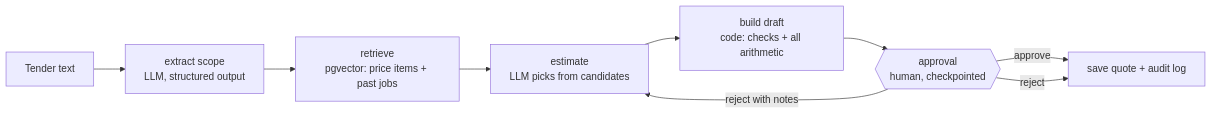
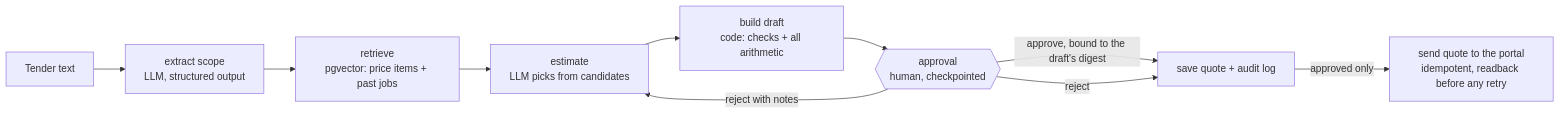
Before and after one commit to Rodvader8/tender-desk: the diagram in README.md, drawn with Mermaid. The commit also changed other lines of this file and 1 other file, not shown here.

````diff
--- a/README.md
+++ b/README.md
@@ -9,11 +9,12 @@
 ```mermaid
 flowchart LR
     T[Tender text] --> E[extract scope<br/>LLM, structured output]
     E --> R[retrieve<br/>pgvector: price items + past jobs]
     R --> S[estimate<br/>LLM picks from candidates]
     S --> B[build draft<br/>code: checks + all arithmetic]
     B --> A{{approval<br/>human, checkpointed}}
-    A -- approve --> F[save quote + audit log]
+    A -- approve, bound to the draft's digest --> F[save quote + audit log]
     A -- reject with notes --> S
     A -- reject --> F
+    F -- approved only --> P[send quote to the portal<br/>idempotent, readback before any retry]
 ```
````
